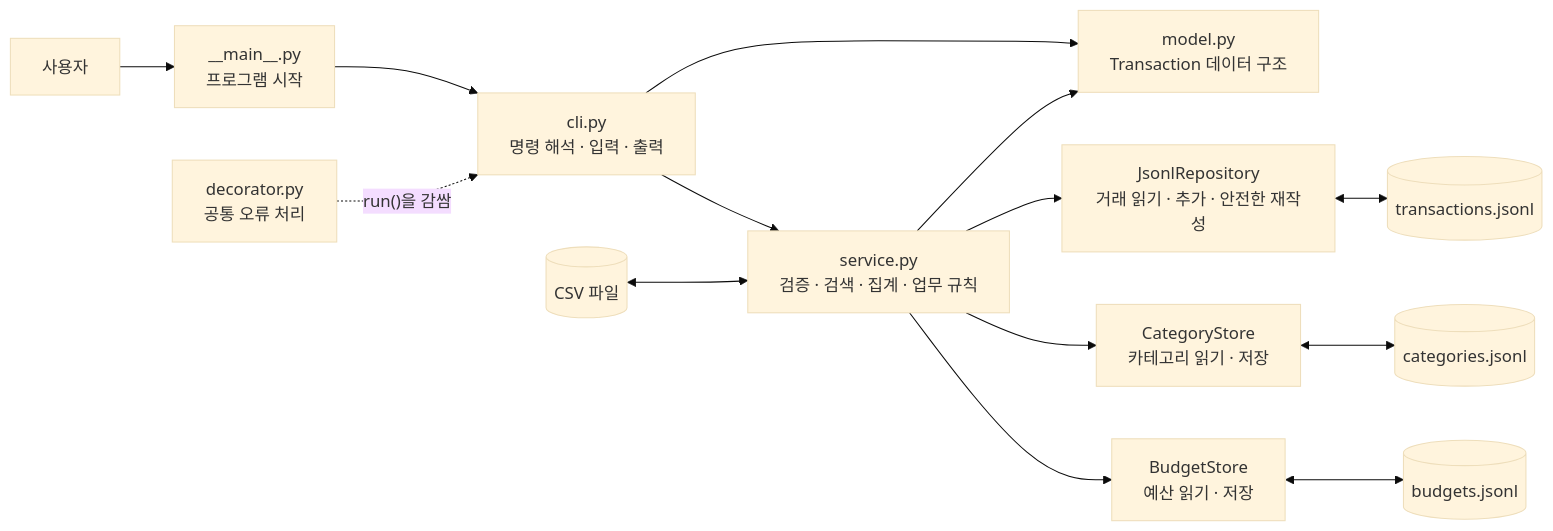
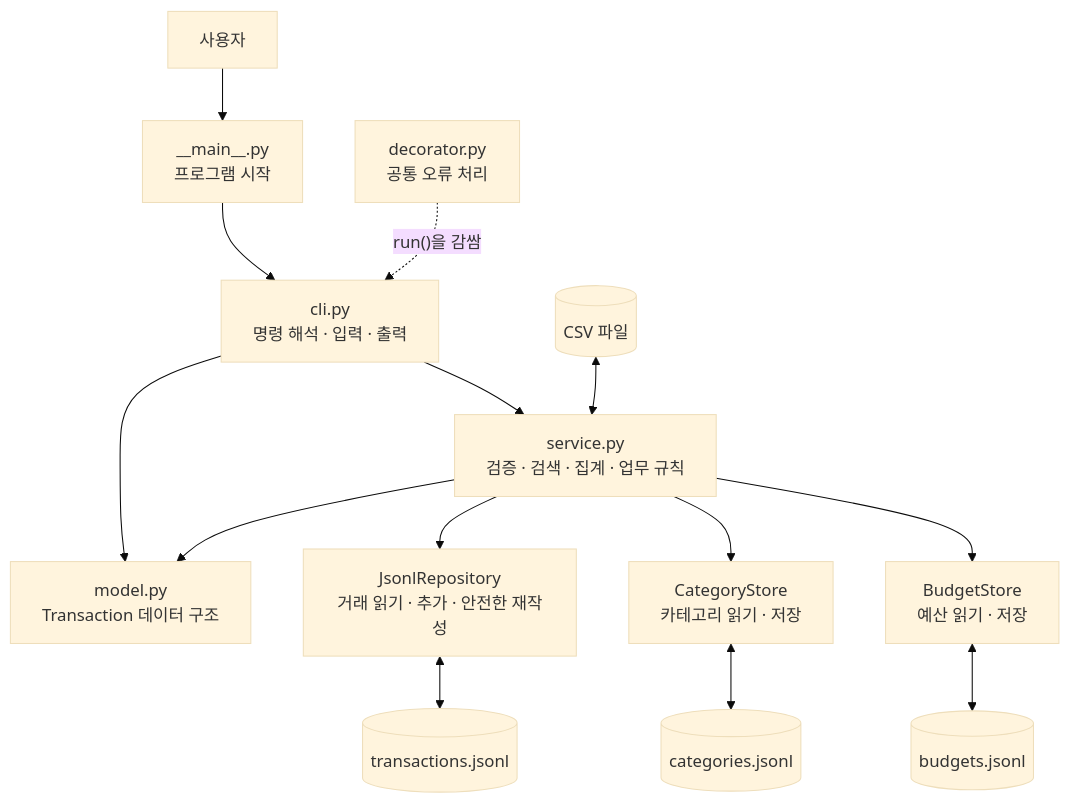
Before and after one commit to greenable-7/B2-1-budget: the first of 2 diagrams in README.md, drawn with Mermaid (base theme).

Commit message:
docs: make module diagram vertical

````diff
--- a/README.md
+++ b/README.md
@@ -57,20 +57,20 @@
 ```mermaid
-flowchart LR
+flowchart TD
     User["사용자"] --> Main["__main__.py<br/>프로그램 시작"]
     Main --> CLI["cli.py<br/>명령 해석 · 입력 · 출력"]
     Decorator["decorator.py<br/>공통 오류 처리"] -. "run()을 감쌈" .-> CLI
 
     CLI --> Model["model.py<br/>Transaction 데이터 구조"]
     CLI --> Service["service.py<br/>검증 · 검색 · 집계 · 업무 규칙"]
 
     Service --> Model
     Service --> TransactionRepo["JsonlRepository<br/>거래 읽기 · 추가 · 안전한 재작성"]
     Service --> CategoryStore["CategoryStore<br/>카테고리 읽기 · 저장"]
     Service --> BudgetStore["BudgetStore<br/>예산 읽기 · 저장"]
 
     TransactionRepo <--> Transactions[("transactions.jsonl")]
     CategoryStore <--> Categories[("categories.jsonl")]
     BudgetStore <--> Budgets[("budgets.jsonl")]
 
     Csv[("CSV 파일")] <--> Service
 ```
````
